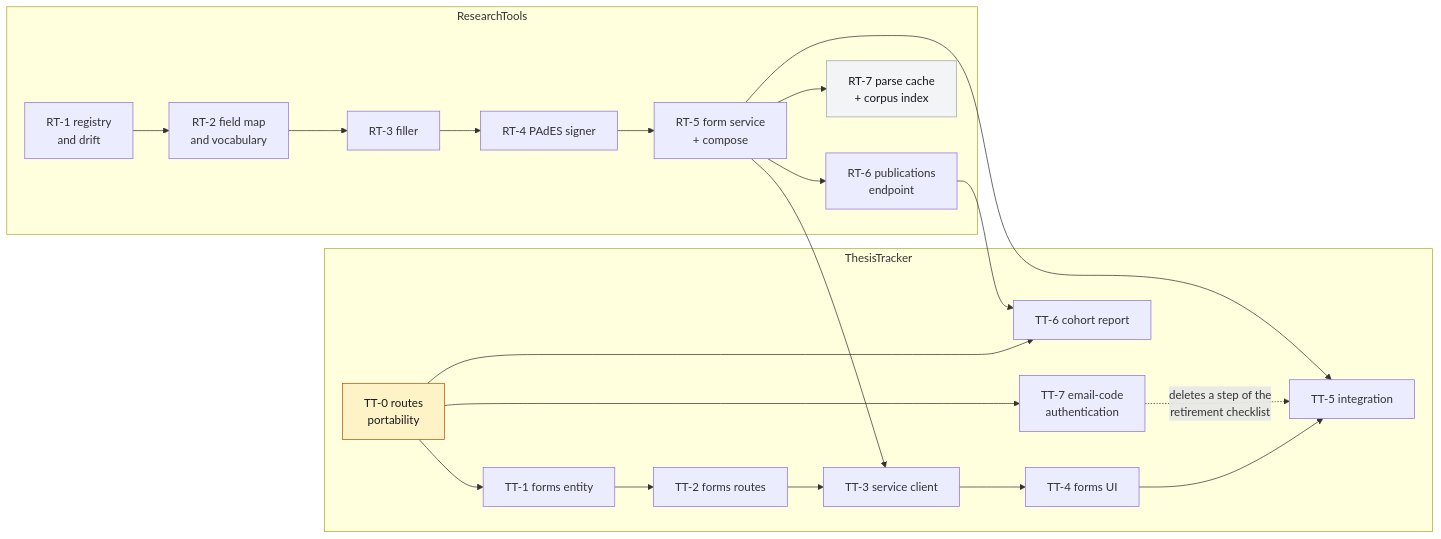
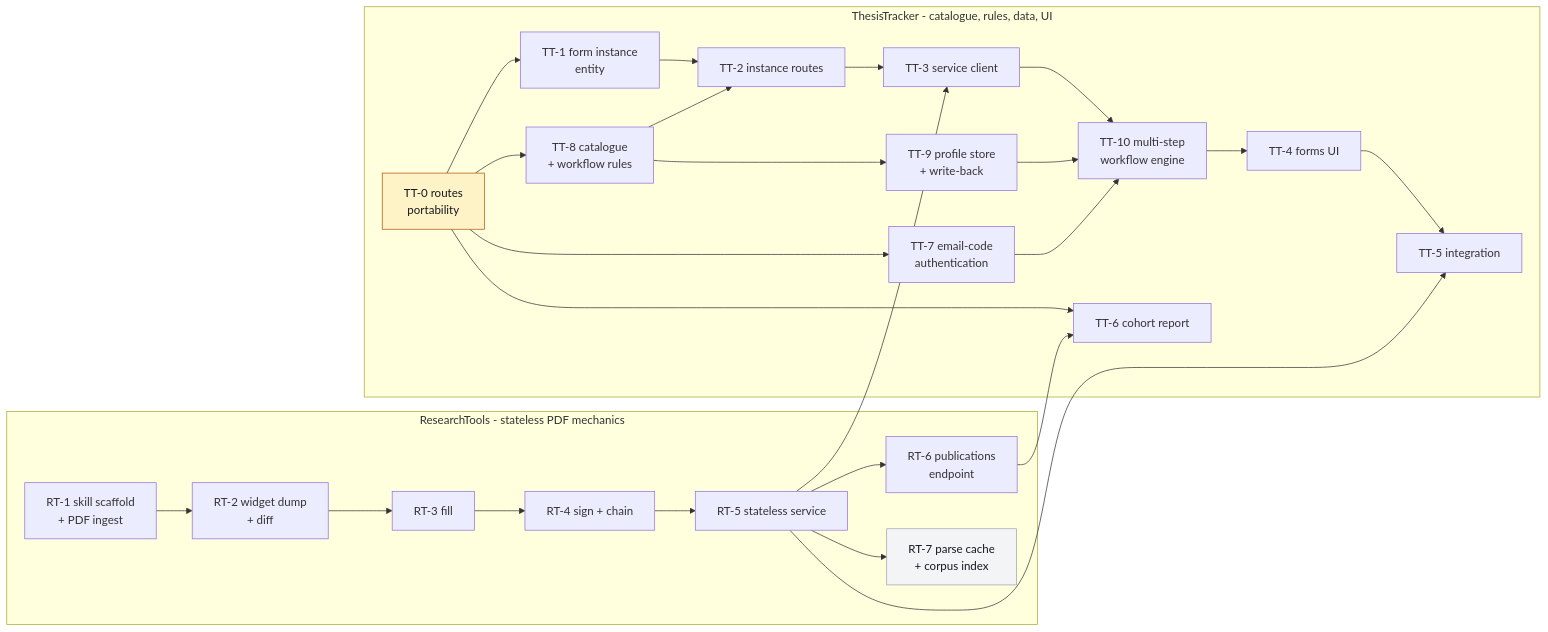
The tenth of 11 diagrams in NEW_ARCHITECTURE.md (LARi-UQAC/ResearchTools), drawn with Mermaid before and after one commit. The commit also changed other lines of this file, not shown here.

First line of the commit message:
docs: per-form workflow rules, and the corrected repository boundary

````diff
--- a/NEW_ARCHITECTURE.md
+++ b/NEW_ARCHITECTURE.md
@@ -381,39 +483,45 @@
 ```mermaid
 flowchart LR
-  subgraph RTU["ResearchTools"]
-    RT1["RT-1 registry<br/>and drift"]
-    RT2["RT-2 field map<br/>and vocabulary"]
-    RT3["RT-3 filler"]
-    RT4["RT-4 PAdES signer"]
-    RT5["RT-5 form service<br/>+ compose"]
+  subgraph RTU["ResearchTools - stateless PDF mechanics"]
+    RT1["RT-1 skill scaffold<br/>+ PDF ingest"]
+    RT2["RT-2 widget dump<br/>+ diff"]
+    RT3["RT-3 fill"]
+    RT4["RT-4 sign + chain"]
+    RT5["RT-5 stateless service"]
     RT6["RT-6 publications<br/>endpoint"]
     RT7["RT-7 parse cache<br/>+ corpus index"]
   end
 
-  subgraph TTU["ThesisTracker"]
+  subgraph TTU["ThesisTracker - catalogue, rules, data, UI"]
     TT0["TT-0 routes<br/>portability"]
-    TT1["TT-1 forms entity"]
-    TT2["TT-2 forms routes"]
+    TT7["TT-7 email-code<br/>authentication"]
+    TT8["TT-8 catalogue<br/>+ workflow rules"]
+    TT9["TT-9 profile store<br/>+ write-back"]
+    TT1["TT-1 form instance<br/>entity"]
+    TT2["TT-2 instance routes"]
     TT3["TT-3 service client"]
+    TT10["TT-10 multi-step<br/>workflow engine"]
     TT4["TT-4 forms UI"]
     TT5["TT-5 integration"]
     TT6["TT-6 cohort report"]
-    TT7["TT-7 email-code<br/>authentication"]
   end
 
   RT1 --> RT2 --> RT3 --> RT4 --> RT5
   RT5 --> RT6
   RT5 --> RT7
-  TT0 --> TT1 --> TT2 --> TT3 --> TT4 --> TT5
+  TT0 --> TT7
+  TT0 --> TT8 --> TT9
+  TT0 --> TT1 --> TT2 --> TT3 --> TT10 --> TT4 --> TT5
+  TT8 --> TT2
+  TT9 --> TT10
+  TT7 --> TT10
   TT0 --> TT6
-  TT0 --> TT7
-  TT7 -.->|"deletes a step of the<br/>retirement checklist"| TT5
   RT5 --> TT3
   RT5 --> TT5
   RT6 --> TT6
 
   classDef first fill:#FEF3C7,stroke:#B45309,color:#14181F
   classDef last fill:#F3F4F6,stroke:#9CA3AF,color:#14181F
   class TT0 first
   class RT7 last
 ```
````
